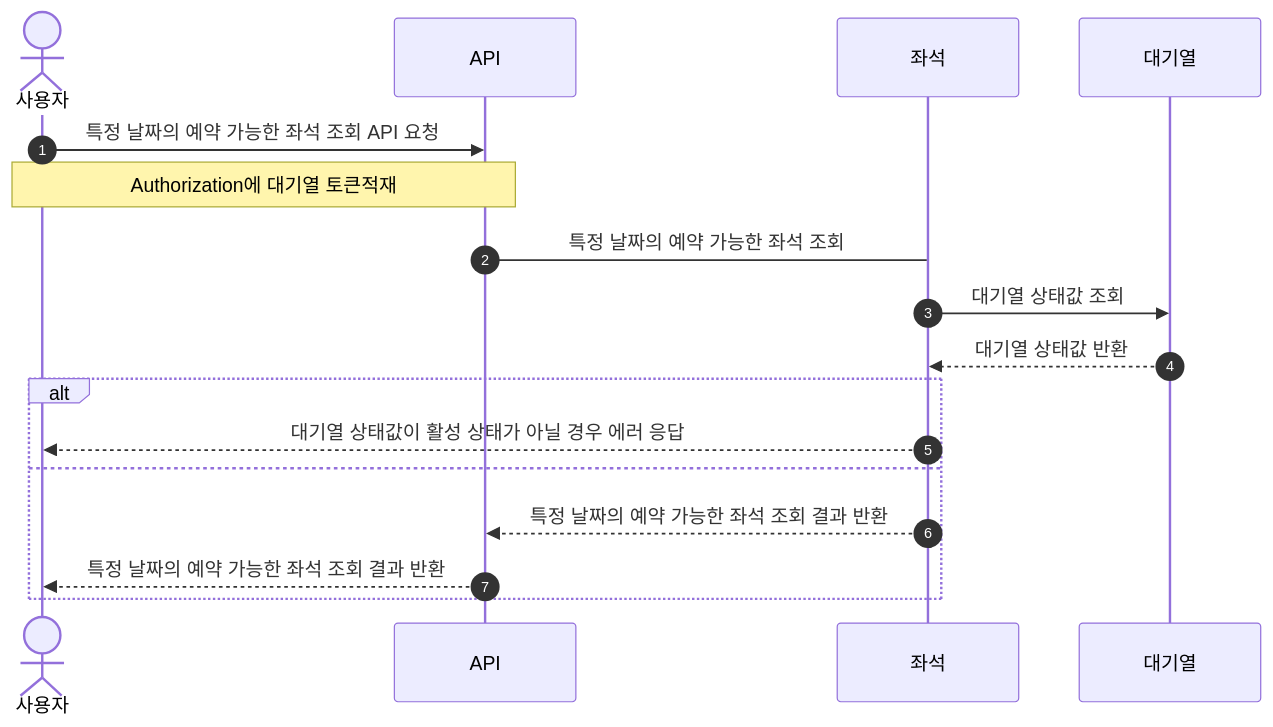
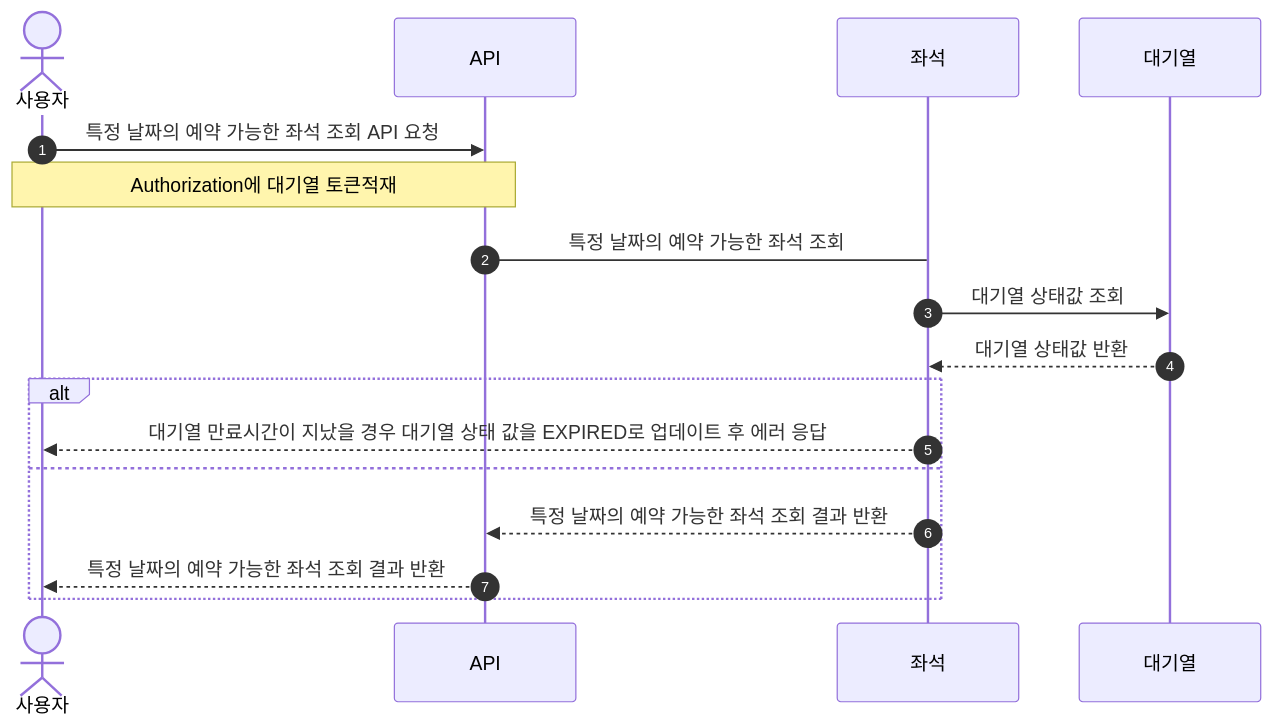
The third of 7 diagrams in docs/sequence.md (jikimee64/hhplus-concert), drawn with Mermaid before and after one commit. The commit also changed other lines of this file, not shown here.

First line of the commit message:
docs: 시퀀스 다이어그램 수정

````diff
--- a/docs/sequence.md
+++ b/docs/sequence.md
@@ -56,19 +59,19 @@
 ```mermaid
 sequenceDiagram
     autonumber
     actor 사용자 as 사용자
     participant API as API
     participant 좌석 as 좌석
     participant 대기열 as 대기열
     사용자 ->> API: 특정 날짜의 예약 가능한 좌석 조회 API 요청
     Note over 사용자, API: Authorization에 대기열 토큰적재
     API -> 좌석: 특정 날짜의 예약 가능한 좌석 조회
     좌석 ->> 대기열: 대기열 상태값 조회
     대기열 -->> 좌석: 대기열 상태값 반환
     alt
-        좌석 -->> 사용자: 대기열 상태값이 활성 상태가 아닐 경우 에러 응답
+        좌석 -->> 사용자: 대기열 만료시간이 지났을 경우 대기열 상태 값을 EXPIRED로 업데이트 후 에러 응답
     else
         좌석 -->> API: 특정 날짜의 예약 가능한 좌석 조회 결과 반환
         API -->> 사용자: 특정 날짜의 예약 가능한 좌석 조회 결과 반환
     end
 ```
````
